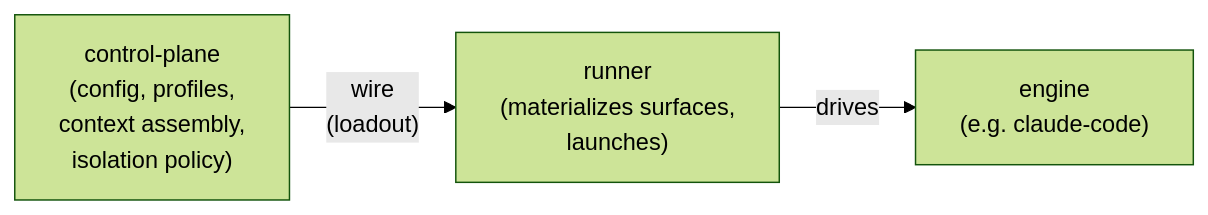
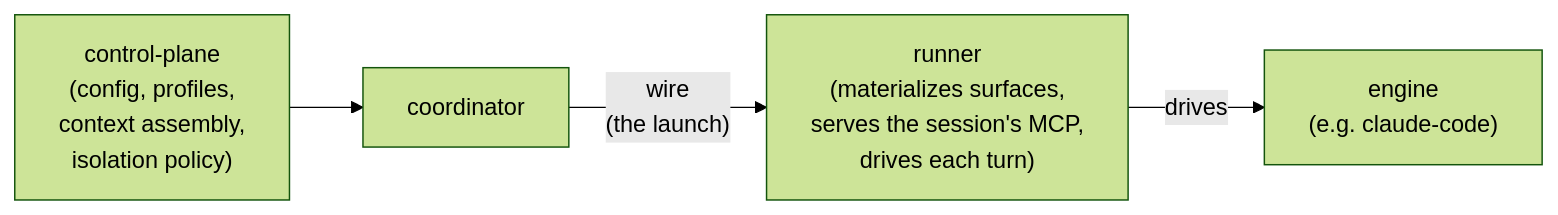
The first of 5 diagrams in website/src/content/docs/concepts/architecture.md (ctxloom/ctxloom), drawn with Mermaid (forest theme) before and after one commit. The commit also changed other lines of this file, not shown here.

First line of the commit message:
docs(site): describe the live launch path on the architecture page

````diff
--- a/website/src/content/docs/concepts/architecture.md
+++ b/website/src/content/docs/concepts/architecture.md
@@ -30,5 +33,6 @@
 ```mermaid
 flowchart LR
-    CP["control-plane<br/>(config, profiles,<br/>context assembly,<br/>isolation policy)"] -->|"wire<br/>(loadout)"| R["runner<br/>(materializes surfaces,<br/>launches)"]
+    CP["control-plane<br/>(config, profiles,<br/>context assembly,<br/>isolation policy)"] --> C["coordinator"]
+    C -->|"wire<br/>(the launch)"| R["runner<br/>(materializes surfaces,<br/>serves the session's MCP,<br/>drives each turn)"]
     R -->|drives| E["engine<br/>(e.g. claude-code)"]
 ```
````
